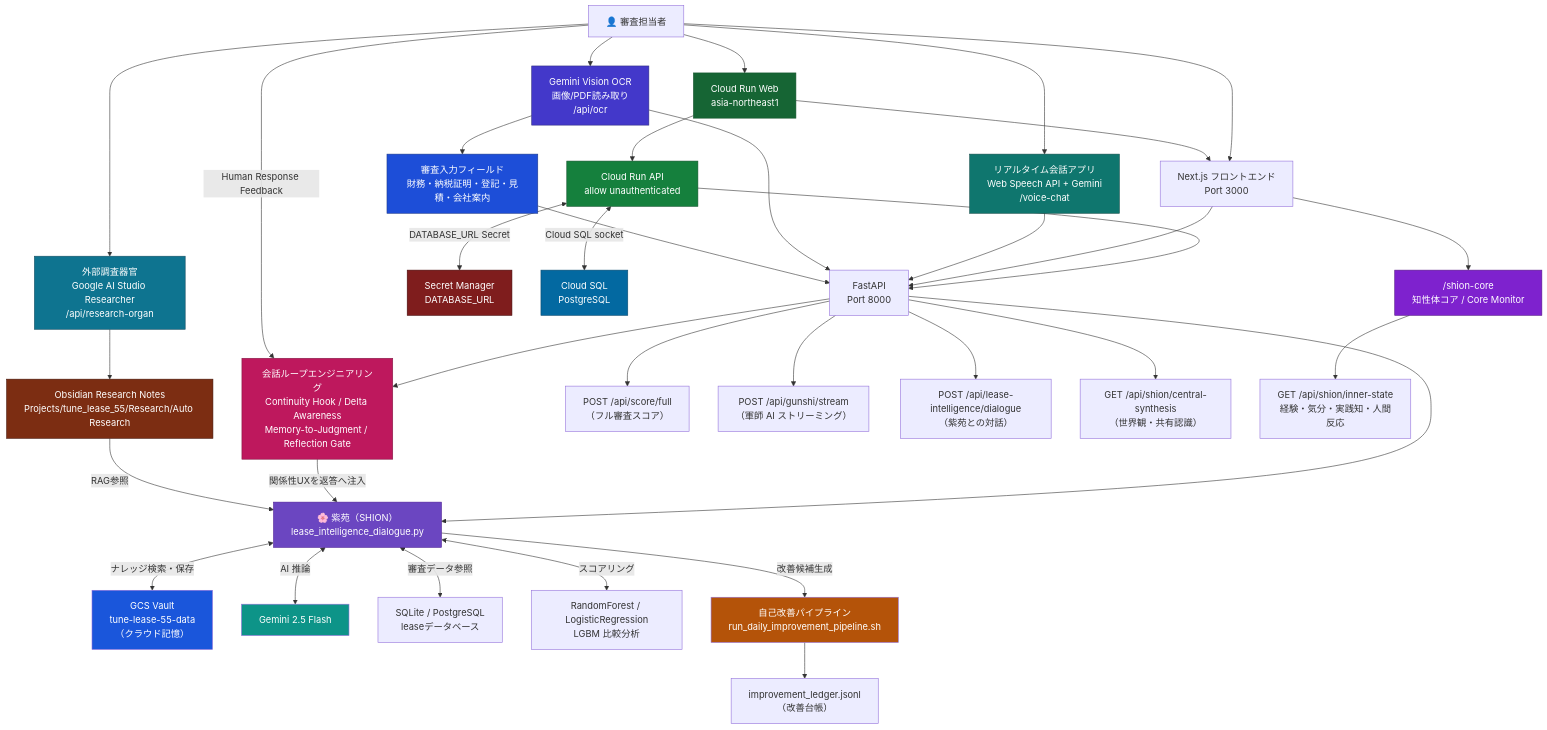
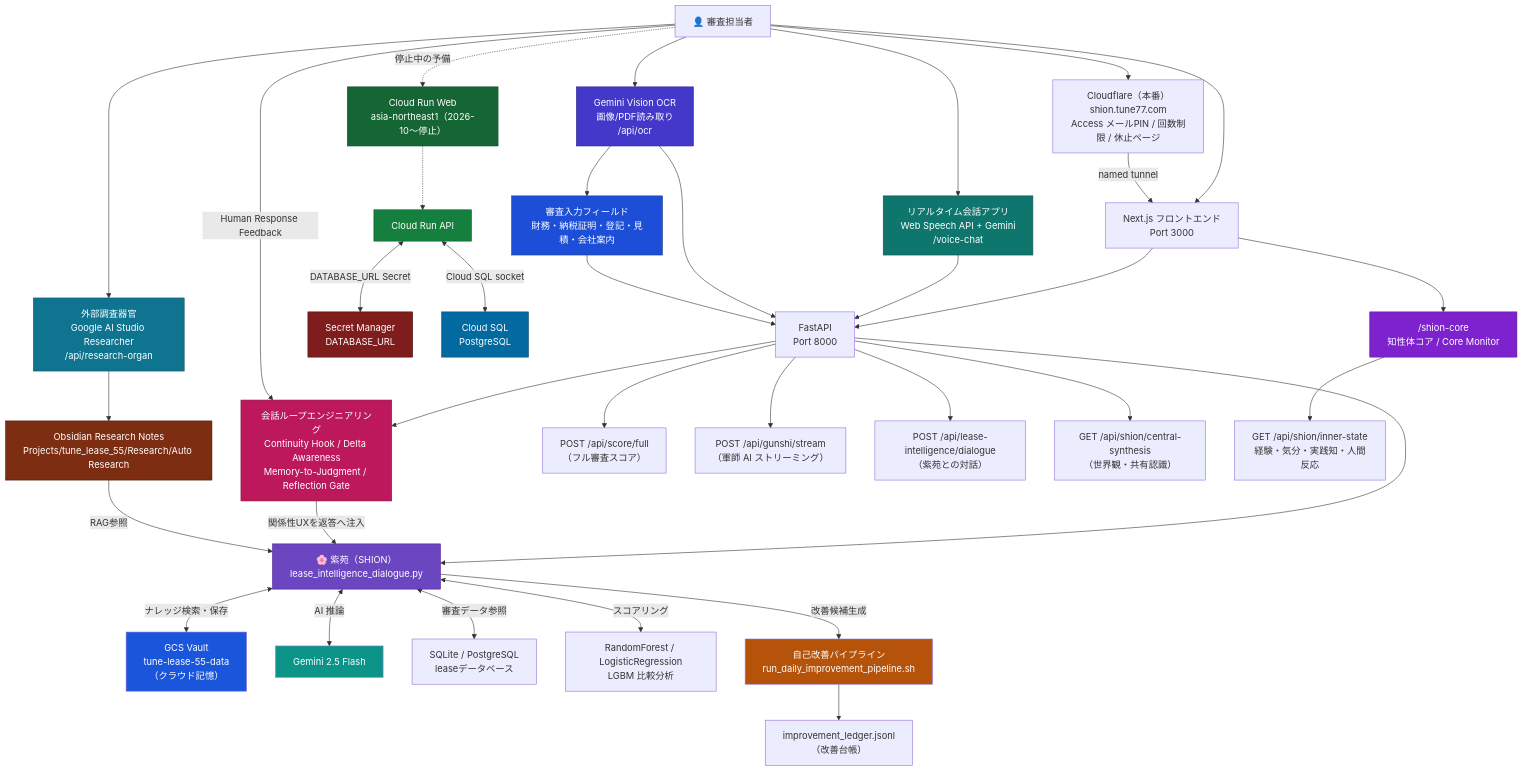
The seventh of 12 diagrams in README.md (tune-77/tune_lease_55), drawn with Mermaid before and after one commit. The commit also changed other lines of this file and 10 other files, not shown here.

First line of the commit message:
docs: REV-000 本番を Cloudflare 版（Mac）に正式切替し、Cloud Run を停止中の予備として記載

````diff
--- a/README.md
+++ b/README.md
@@ -616,54 +616,54 @@
 ```mermaid
 graph TD
     User["👤 審査担当者"] --> FE["Next.js フロントエンド\nPort 3000"]
-    User --> CRWEB["Cloud Run Web\nasia-northeast1"]
-    CRWEB --> FE
-    CRWEB --> CRAPI["Cloud Run API\nallow unauthenticated"]
-    CRAPI --> API
+    User --> CF["Cloudflare（本番）\nshion.tune77.com\nAccess メールPIN / 回数制限 / 休止ページ"]
+    CF -->|named tunnel| FE
+    User -.->|停止中の予備| CRWEB["Cloud Run Web\nasia-northeast1（2026-10〜停止）"]
+    CRWEB -.-> CRAPI["Cloud Run API"]
     FE --> API["FastAPI\nPort 8000"]
     API --> SHION["🌸 紫苑（SHION）\nlease_intelligence_dialogue.py"]
     API --> LOOP["会話ループエンジニアリング\nContinuity Hook / Delta Awareness\nMemory-to-Judgment / Reflection Gate"]
     User -->|Human Response Feedback| LOOP
     LOOP -->|関係性UXを返答へ注入| SHION
     User --> ResearchOrgan["外部調査器官\nGoogle AI Studio Researcher\n/api/research-organ"]
     ResearchOrgan --> ResearchNotes["Obsidian Research Notes\nProjects/tune_lease_55/Research/Auto Research"]
     ResearchNotes -->|RAG参照| SHION
     User --> VoiceApp["リアルタイム会話アプリ\nWeb Speech API + Gemini\n/voice-chat"]
     VoiceApp --> API
     User --> OcrApp["Gemini Vision OCR\n画像/PDF読み取り\n/api/ocr"]
     OcrApp --> API
     OcrApp --> OCRFields["審査入力フィールド\n財務・納税証明・登記・見積・会社案内"]
     OCRFields --> API
 
     SHION <-->|ナレッジ検索・保存| GCS["GCS Vault\ntune-lease-55-data\n（クラウド記憶）"]
     SHION <-->|AI 推論| Gemini["Gemini 2.5 Flash"]
     SHION <-->|審査データ参照| DB["SQLite / PostgreSQL\nleaseデータベース"]
     CRAPI <-->|DATABASE_URL Secret| SECRET["Secret Manager\nDATABASE_URL"]
     CRAPI <-->|Cloud SQL socket| CLOUDSQL["Cloud SQL\nPostgreSQL"]
     SHION <-->|スコアリング| MODELS["RandomForest / LogisticRegression\nLGBM 比較分析"]
     SHION -->|改善候補生成| Pipeline["自己改善パイプライン\nrun_daily_improvement_pipeline.sh"]
     Pipeline --> Ledger["improvement_ledger.jsonl\n（改善台帳）"]
 
     API --> EP1["POST /api/score/full\n（フル審査スコア）"]
     API --> EP2["POST /api/gunshi/stream\n（軍師 AI ストリーミング）"]
     API --> EP3["POST /api/lease-intelligence/dialogue\n（紫苑との対話）"]
     API --> EP4["GET /api/shion/central-synthesis\n（世界観・共有認識）"]
     FE --> CORE["/shion-core\n知性体コア / Core Monitor"]
     CORE --> INNER["GET /api/shion/inner-state\n経験・気分・実践知・人間反応"]
 
     style SHION fill:#6b46c1,color:#fff,stroke:#4c1d95
     style LOOP fill:#be185d,color:#fff,stroke:#831843
     style ResearchOrgan fill:#0e7490,color:#fff,stroke:#164e63
     style ResearchNotes fill:#7c2d12,color:#fff,stroke:#431407
     style VoiceApp fill:#0f766e,color:#fff,stroke:#134e4a
     style OcrApp fill:#4338ca,color:#fff,stroke:#312e81
     style OCRFields fill:#1d4ed8,color:#fff,stroke:#1e3a8a
     style CRWEB fill:#166534,color:#fff,stroke:#14532d
     style CRAPI fill:#15803d,color:#fff,stroke:#14532d
     style SECRET fill:#7f1d1d,color:#fff,stroke:#450a0a
     style CLOUDSQL fill:#0369a1,color:#fff,stroke:#0c4a6e
     style GCS fill:#1a56db,color:#fff
     style Gemini fill:#0d9488,color:#fff
     style Pipeline fill:#b45309,color:#fff
     style CORE fill:#7e22ce,color:#fff,stroke:#581c87
 ```
````
